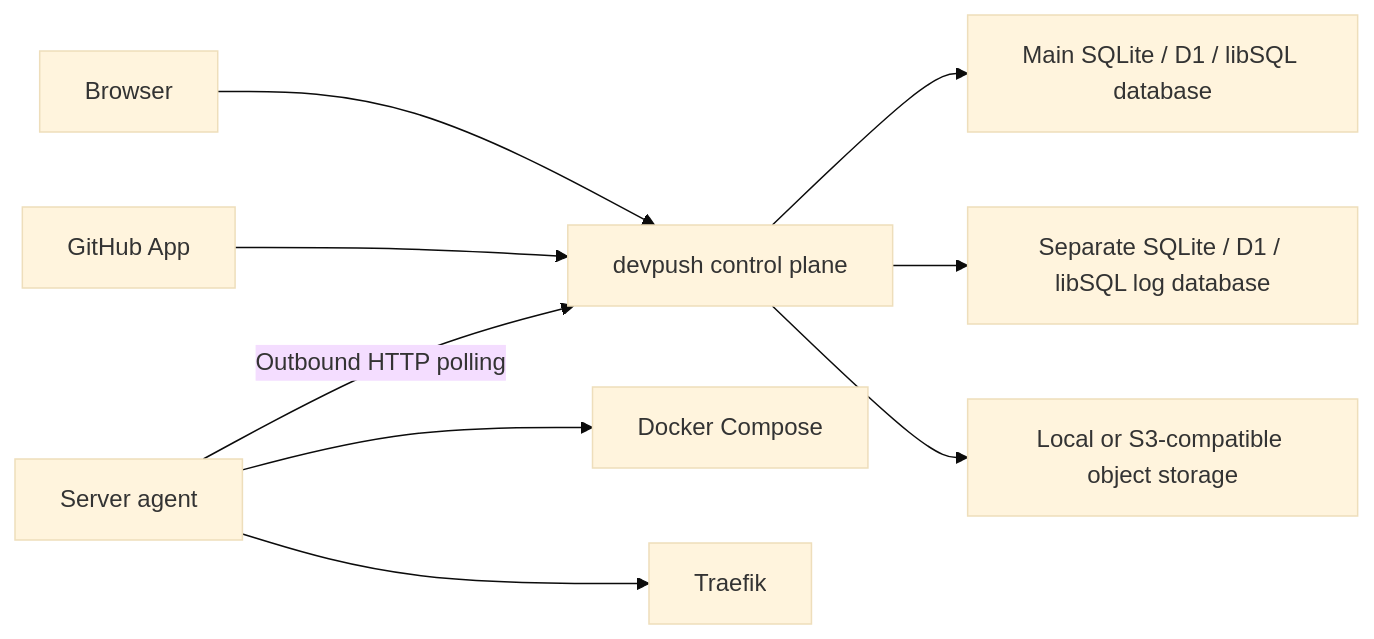
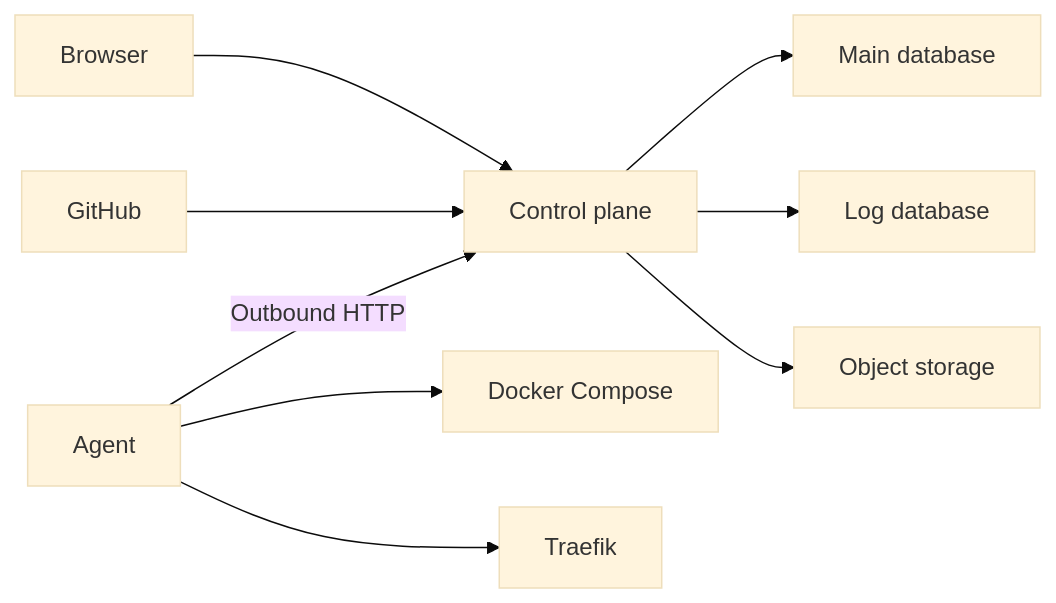
One commit to hunvreus/devpush changed the diagram in ARCHITECTURE.md. Above: the diagram before and after it, drawn with Mermaid (base theme). The commit also changed other lines of this file and 607 other files, not shown here.

````diff
--- a/ARCHITECTURE.md
+++ b/ARCHITECTURE.md
@@ -13,11 +7,11 @@
 ```mermaid
 flowchart LR
-  Browser["Browser"] --> App["devpush control plane"]
-  GitHub["GitHub App"] --> App
-  App --> Main["Main SQLite / D1 / libSQL database"]
-  App --> Logs["Separate SQLite / D1 / libSQL log database"]
-  App --> Storage["Local or S3-compatible object storage"]
-  Agent["Server agent"] -->|Outbound HTTP polling| App
-  Agent --> Docker["Docker Compose"]
-  Agent --> Traefik["Traefik"]
+  Browser --> App[Control plane]
+  GitHub --> App
+  Agent -->|Outbound HTTP| App
+  App --> Main[Main database]
+  App --> Logs[Log database]
+  App --> Storage[Object storage]
+  Agent --> Docker[Docker Compose]
+  Agent --> Traefik
 ```
````
